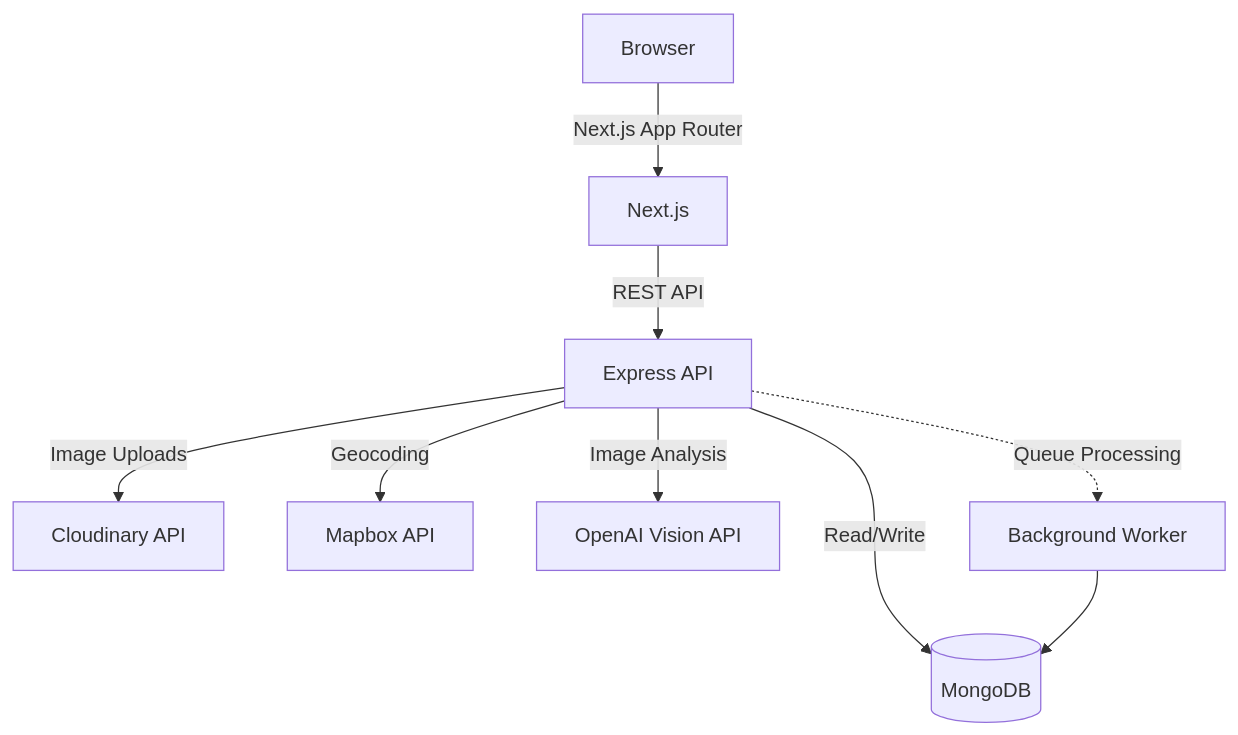
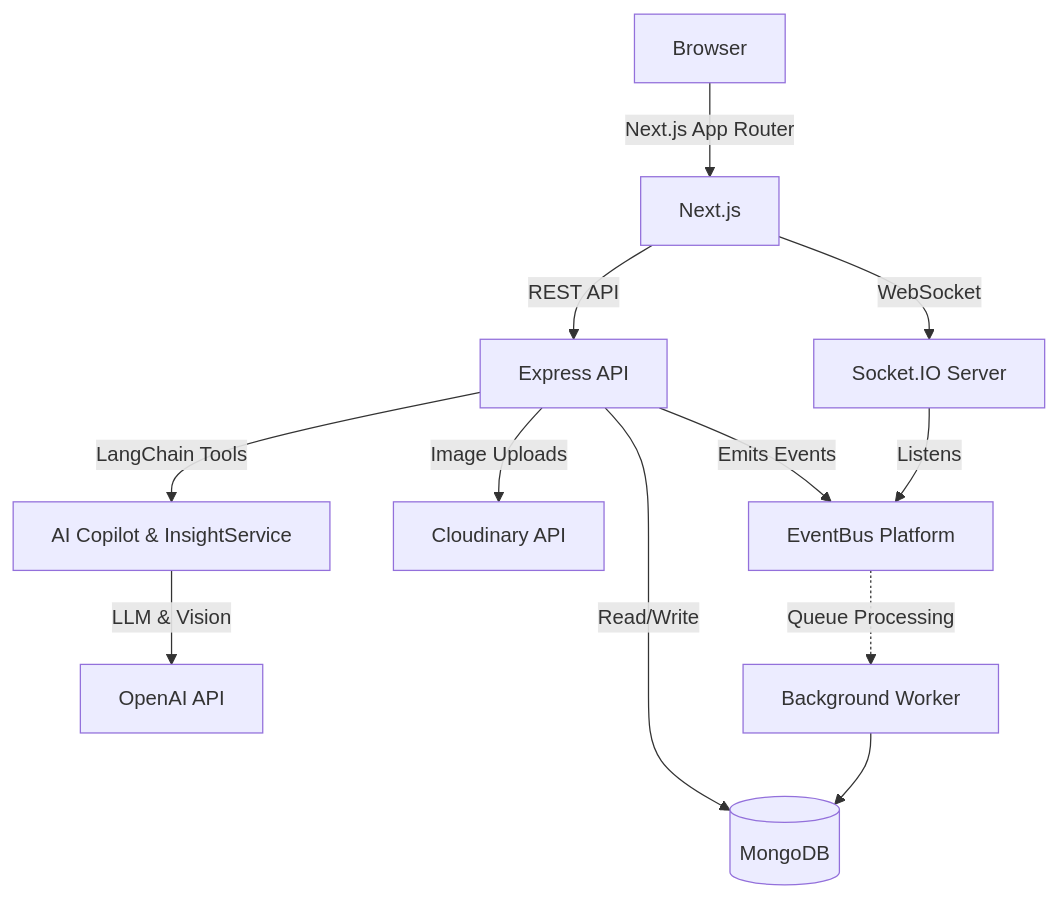
Before and after one commit to YogeshModi24/CommunityOS: the diagram in README.md, drawn with Mermaid. The commit also changed other lines of this file and 176 other files, not shown here.

````diff
--- a/README.md
+++ b/README.md
@@ -52,11 +56,18 @@
 ```mermaid
 graph TD
   Browser -->|Next.js App Router| Next.js
   Next.js -->|REST API| Express[Express API]
+  Next.js -->|WebSocket| SocketIO[Socket.IO Server]
+  
+  Express -->|Emits Events| EventBus[EventBus Platform]
+  SocketIO -->|Listens| EventBus
+  
   Express -->|Read/Write| MongoDB[(MongoDB)]
   Express -->|Image Uploads| Cloudinary[Cloudinary API]
-  Express -->|Geocoding| Mapbox[Mapbox API]
-  Express -->|Image Analysis| OpenAI[OpenAI Vision API]
-  Express -.->|Queue Processing| Worker[Background Worker]
+  
+  Express -->|LangChain Tools| Copilot[AI Copilot & InsightService]
+  Copilot -->|LLM & Vision| OpenAI[OpenAI API]
+  
+  EventBus -.->|Queue Processing| Worker[Background Worker]
   Worker --> MongoDB
 ```
````
